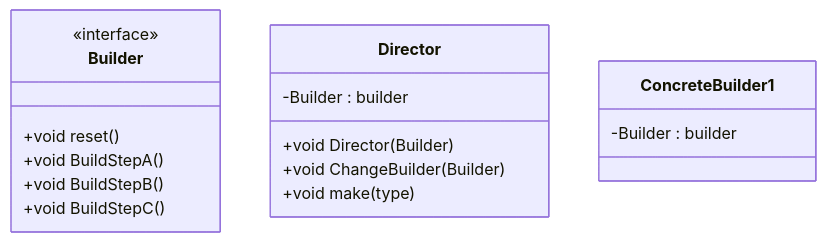
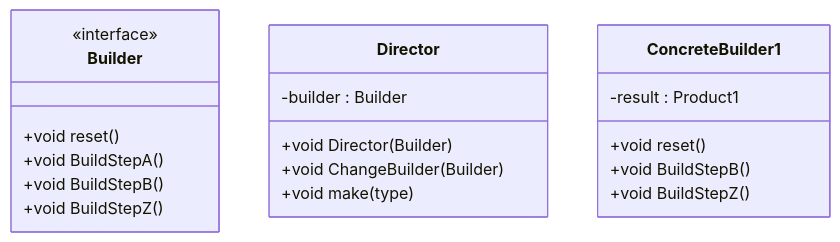
Before and after one commit to kirolossedra/Creational-Design-Patterns: the diagram in Builder/README.md, drawn with Mermaid.

````diff
--- a/Builder/README.md
+++ b/Builder/README.md
@@ -2,24 +2,27 @@
 ```mermaid
 classDiagram
 
 class Builder{
 <<interface>> 
     +void reset()
     +void BuildStepA()
     +void BuildStepB()
-    +void BuildStepC()
+    +void BuildStepZ()
 }
 
 class Director{
--Builder : builder
+-builder : Builder
 +void Director(Builder)
 +void ChangeBuilder(Builder)
 +void make(type)
 }
 
 class ConcreteBuilder1{
--Builder : builder
+-result : Product1
++void reset()
++void BuildStepB()
++void BuildStepZ()
 
 }
 
 ```
````
